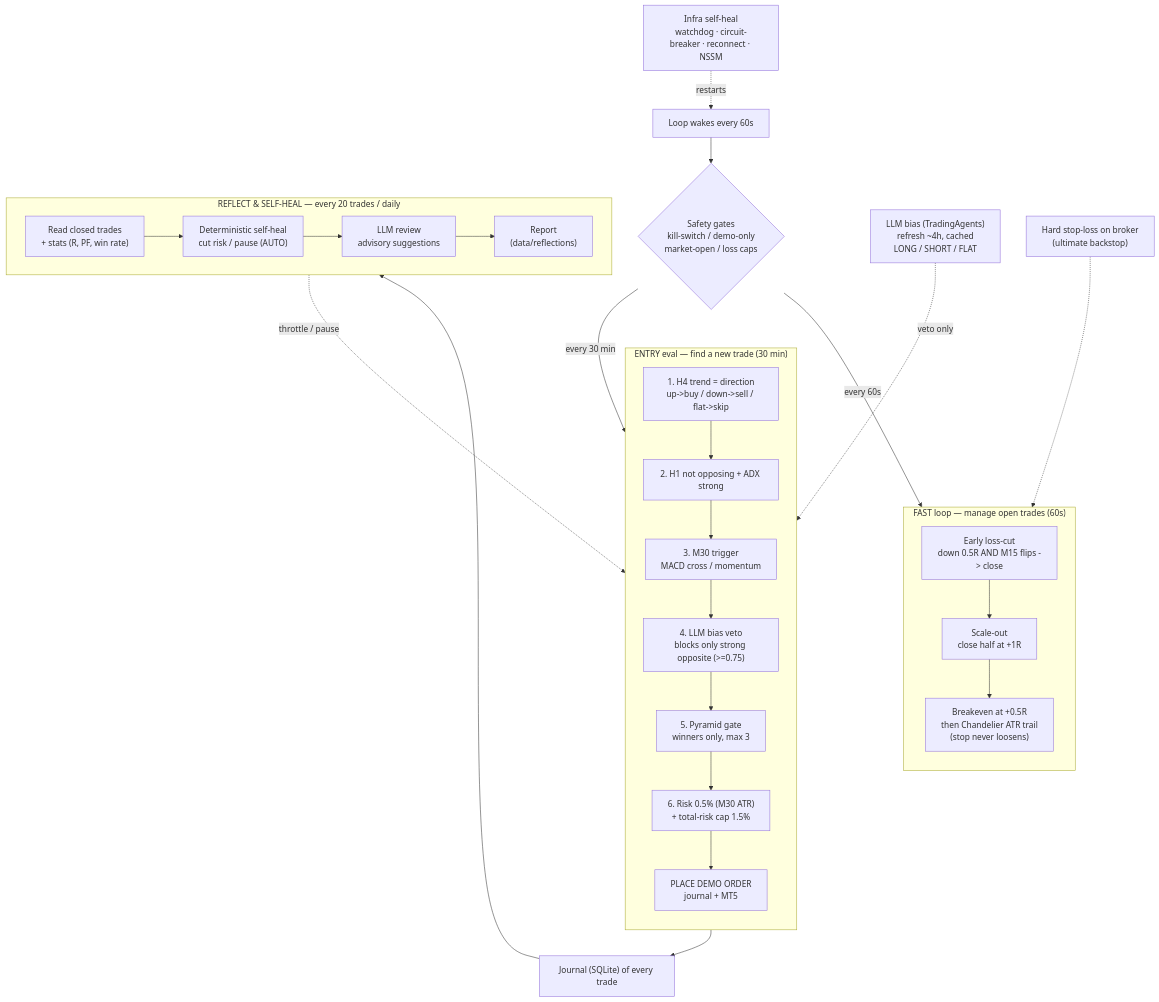
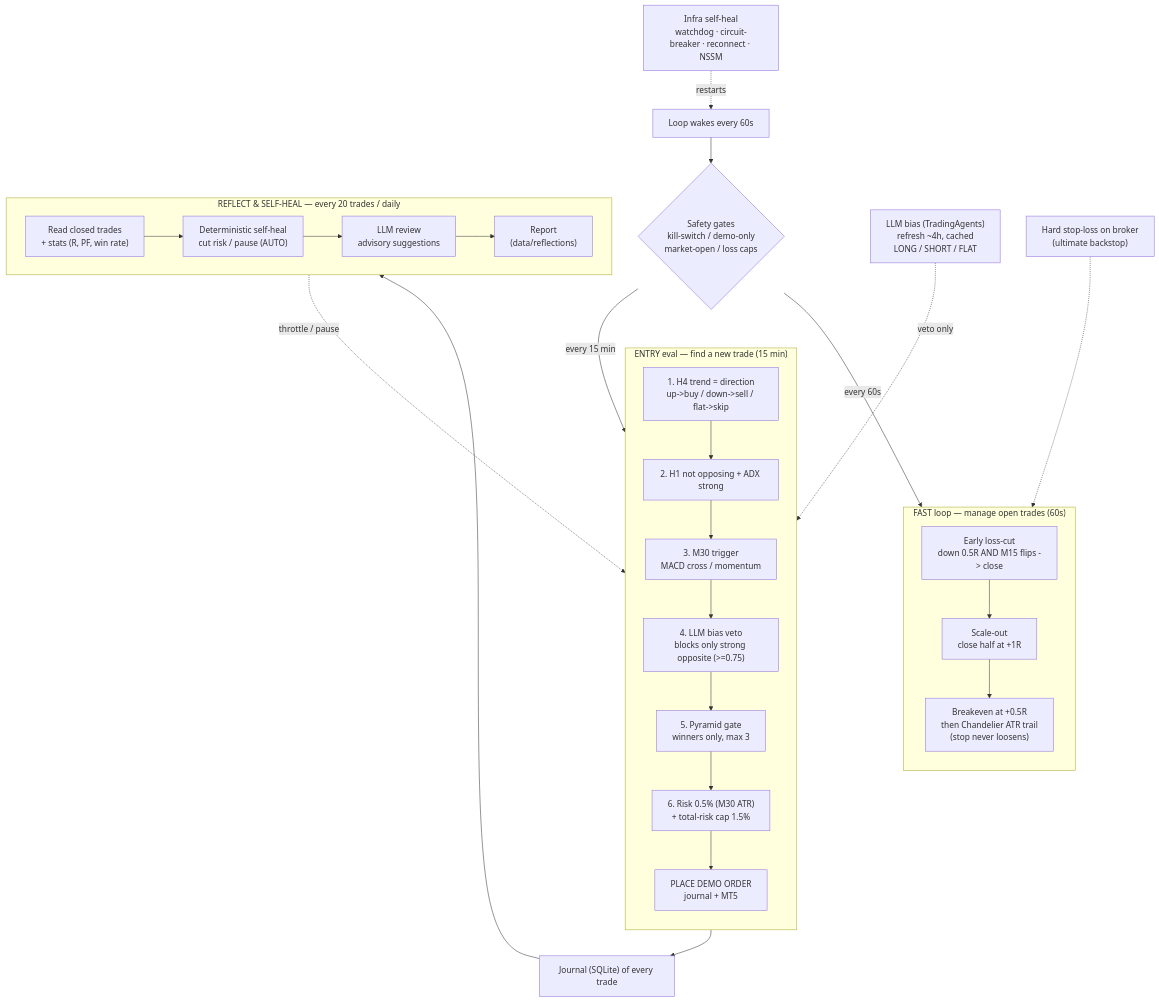
Before and after one commit to mshafei721/Agent-Trader: the diagram in SYSTEM_FLOW.md, drawn with Mermaid. The commit also changed other lines of this file and 21 other files, not shown here.

First line of the commit message:
feat: live dashboard, 15-min entry cadence, reflection-counter fix, docs

````diff
--- a/SYSTEM_FLOW.md
+++ b/SYSTEM_FLOW.md
@@ -9,28 +9,28 @@
 ```mermaid
 flowchart TD
   W["Loop wakes every 60s"] --> S{"Safety gates<br/>kill-switch / demo-only<br/>market-open / loss caps"}
   S -->|every 60s| C1
-  S -->|every 30 min| E1
+  S -->|every 15 min| E1
   LLM["LLM bias (TradingAgents)<br/>refresh ~4h, cached<br/>LONG / SHORT / FLAT"] -. veto only .-> E4
 
   subgraph FAST["FAST loop — manage open trades (60s)"]
     direction TB
     C1["Early loss-cut<br/>down 0.5R AND M15 flips -> close"] --> C2["Scale-out<br/>close half at +1R"] --> C3["Breakeven at +0.5R<br/>then Chandelier ATR trail<br/>(stop never loosens)"]
   end
 
-  subgraph ENTRY["ENTRY eval — find a new trade (30 min)"]
+  subgraph ENTRY["ENTRY eval — find a new trade (15 min)"]
     direction TB
     E1["1. H4 trend = direction<br/>up->buy / down->sell / flat->skip"] --> E2["2. H1 not opposing + ADX strong"] --> E3["3. M30 trigger<br/>MACD cross / momentum"] --> E4["4. LLM bias veto<br/>blocks only strong opposite (>=0.75)"] --> E5["5. Pyramid gate<br/>winners only, max 3"] --> E6["6. Risk 0.5% (M30 ATR)<br/>+ total-risk cap 1.5%"] --> E7["PLACE DEMO ORDER<br/>journal + MT5"]
   end
 
   BR["Hard stop-loss on broker<br/>(ultimate backstop)"] -.-> C3
   INFRA["Infra self-heal<br/>watchdog · circuit-breaker · reconnect · NSSM"] -. restarts .-> W
   E7 --> J["Journal (SQLite) of every trade"]
 
   subgraph REFLECT["REFLECT & SELF-HEAL — every 20 trades / daily"]
     direction LR
     RR["Read closed trades<br/>+ stats (R, PF, win rate)"] --> RH["Deterministic self-heal<br/>cut risk / pause (AUTO)"] --> RL["LLM review<br/>advisory suggestions"] --> RP["Report<br/>(data/reflections)"]
   end
   J --> RR
   RH -. throttle / pause .-> E6
 ```
````
